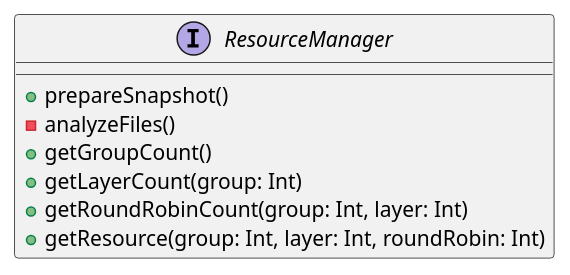
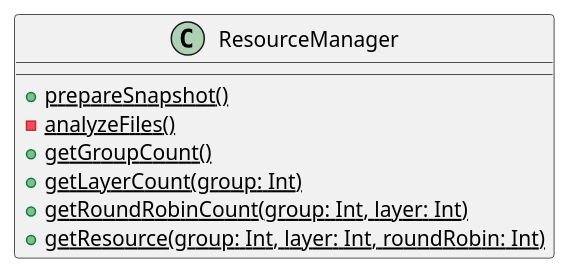
Before and after one commit to tunepruner/FingerPerc: the eighth of 29 diagrams in app/Documentation/Declarations.puml, drawn with PlantUML. The commit also changed other lines of this file and 26 other files, not shown here.

Commit message:
Finishes basics of both prepareSequences

```diff
--- a/app/Documentation/Declarations.puml
+++ b/app/Documentation/Declarations.puml
@@ -61,11 +54,11 @@
 @startuml(id=ResourceManager)
-interface ResourceManager{
+class ResourceManager{
 
-+ prepareSnapshot()
-- analyzeFiles()
-+ getGroupCount()
-+ getLayerCount(group: Int)
-+ getRoundRobinCount(group: Int, layer: Int)
-+ getResource(group: Int, layer: Int, roundRobin: Int)
++{static} prepareSnapshot()
+-{static}  analyzeFiles()
++{static} getGroupCount()
++{static} getLayerCount(group: Int)
++{static} getRoundRobinCount(group: Int, layer: Int)
++{static} getResource(group: Int, layer: Int, roundRobin: Int)
 }
 @enduml
```
